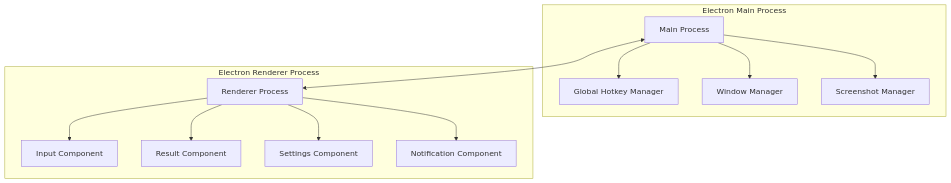
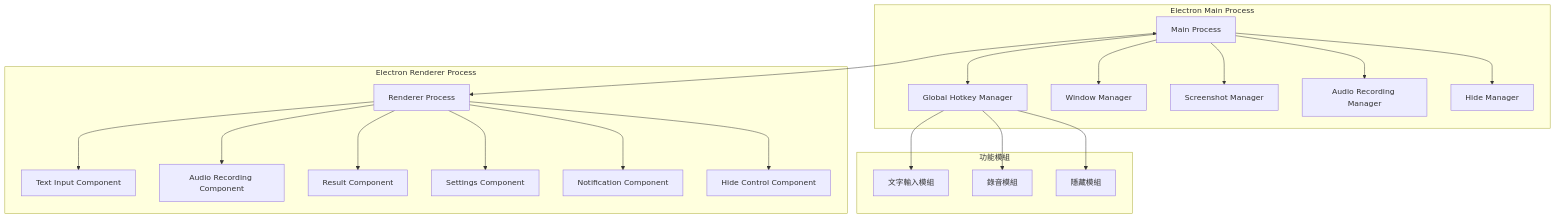
Before and after one commit to Mai0313/ghost-ai: the second of 3 diagrams in .kiro/specs/ghost-ai/design.md, drawn with Mermaid. The commit also changed other lines of this file and 2 other files, not shown here.

````diff
--- a/.kiro/specs/ghost-ai/design.md
+++ b/.kiro/specs/ghost-ai/design.md
@@ -57,17 +80,27 @@
 ```mermaid
 graph TD
     subgraph "Electron Main Process"
-        MP[Main Process] --> GM[Global Hotkey Manager]
+        MP[Main Process] --> GHM[Global Hotkey Manager]
         MP --> WM[Window Manager]
         MP --> SM[Screenshot Manager]
+        MP --> ARM[Audio Recording Manager]
+        MP --> HM[Hide Manager]
     end
 
     subgraph "Electron Renderer Process"
-        RP[Renderer Process] --> IC[Input Component]
+        RP[Renderer Process] --> TIC[Text Input Component]
+        RP --> ARC[Audio Recording Component]
         RP --> RC[Result Component]
         RP --> SC[Settings Component]
         RP --> NC[Notification Component]
+        RP --> HC[Hide Control Component]
+    end
+
+    subgraph "功能模組"
+        GHM --> TIM[文字輸入模組]
+        GHM --> ARM2[錄音模組]
+        GHM --> HIM[隱藏模組]
     end
 
     MP <--> RP
 ```
````
